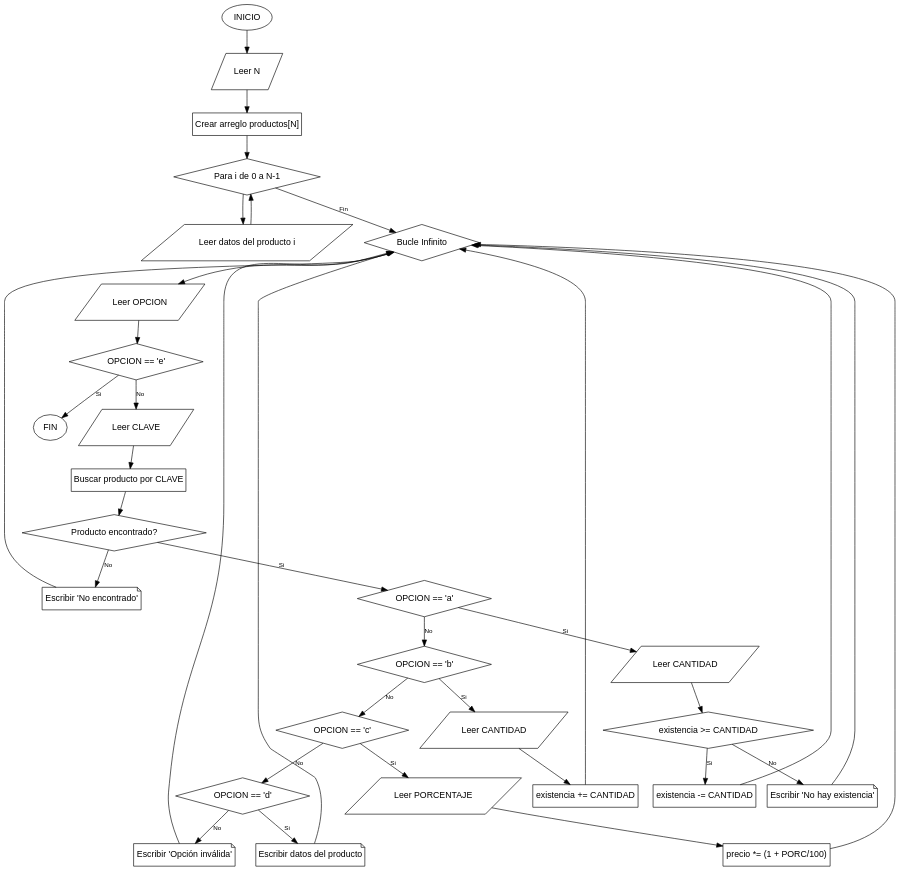
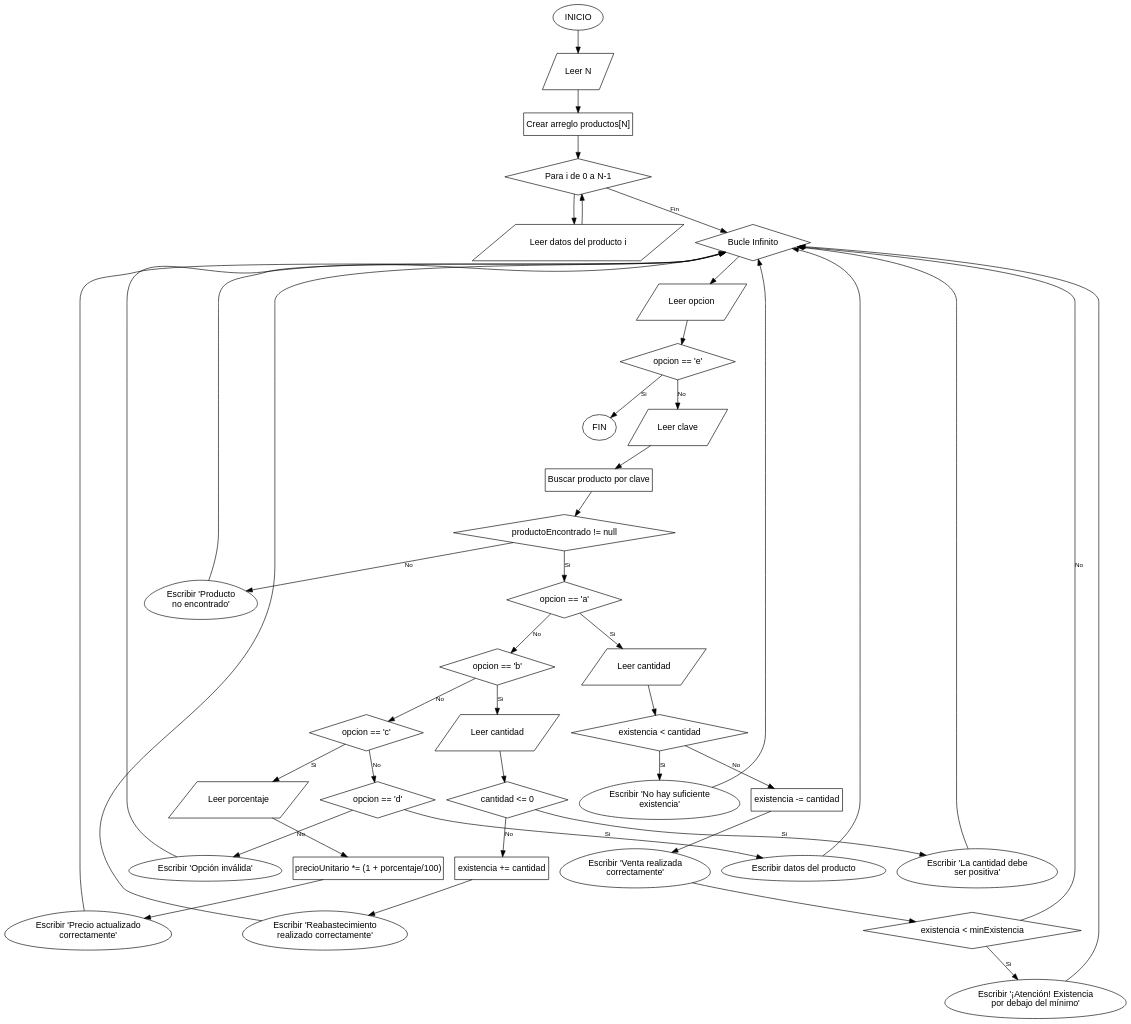
One commit to 23Leilany166/java-tutor-tics changed the diagram in Ejercicios/PS_5_1/Diagrama/PS_5_1.dot. Above: the diagram before and after it, drawn with Graphviz. The commit also changed 98 other files, not shown here.

```diff
--- a/Ejercicios/PS_5_1/Diagrama/PS_5_1.dot
+++ b/Ejercicios/PS_5_1/Diagrama/PS_5_1.dot
@@ -1,75 +1,98 @@
 digraph PS_5_1 {
     // Configuración
     graph [bgcolor="transparent"];
     node [shape=rect, fontname="Arial", margin="0.1,0.1"];
     edge [fontname="Arial", fontsize=10];
 
     // Nodos
     INICIO [shape=ellipse, label="INICIO"];
     LEER_N [shape=parallelogram, label="Leer N"];
     CREAR_PRODS [label="Crear arreglo productos[N]"];
     BUCLE_LEER [shape=diamond, label="Para i de 0 a N-1"];
     LEER_PROD [shape=parallelogram, label="Leer datos del producto i"];
     
     // Menú
     BUCLE_MENU [shape=diamond, label="Bucle Infinito"];
-    LEER_OPCION [shape=parallelogram, label="Leer OPCION"];
-    COND_SALIR [shape=diamond, label="OPCION == 'e'"];
-    LEER_CLAVE [shape=parallelogram, label="Leer CLAVE"];
-    BUSCAR_PROD [label="Buscar producto por CLAVE"];
-    COND_ENCONTRADO [shape=diamond, label="Producto encontrado?"];
-    PRINT_NO_ENC [shape=note, label="Escribir 'No encontrado'"];
+    LEER_OPCION [shape=parallelogram, label="Leer opcion"];
+    COND_SALIR [shape=diamond, label="opcion == 'e'"];
+    LEER_CLAVE [shape=parallelogram, label="Leer clave"];
+    BUSCAR_PROD [label="Buscar producto por clave"];
+    COND_ENCONTRADO [shape=diamond, label="productoEncontrado != null"];
+    PRINT_NO_ENC [shape=egg, label="Escribir 'Producto\nno encontrado'"];
     
     // Operaciones
-    COND_OP_A [shape=diamond, label="OPCION == 'a'"];
-    COND_OP_B [shape=diamond, label="OPCION == 'b'"];
-    COND_OP_C [shape=diamond, label="OPCION == 'c'"];
-    COND_OP_D [shape=diamond, label="OPCION == 'd'"];
-    PRINT_OP_INV [shape=note, label="Escribir 'Opción inválida'"];
+    COND_OP_A [shape=diamond, label="opcion == 'a'"];
+    COND_OP_B [shape=diamond, label="opcion == 'b'"];
+    COND_OP_C [shape=diamond, label="opcion == 'c'"];
+    COND_OP_D [shape=diamond, label="opcion == 'd'"];
+    PRINT_OP_INV [shape=egg, label="Escribir 'Opción inválida'"];
     
     // Venta (a)
-    LEER_CANT_A [shape=parallelogram, label="Leer CANTIDAD"];
-    COND_EXIST [shape=diamond, label="existencia >= CANTIDAD"];
-    PROC_VENTA [label="existencia -= CANTIDAD"];
-    PRINT_NO_EXIST [shape=note, label="Escribir 'No hay existencia'"];
+    LEER_CANT_A [shape=parallelogram, label="Leer cantidad"];
+    COND_EXIST [shape=diamond, label="existencia < cantidad"];
+    PROC_VENTA [label="existencia -= cantidad"];
+    PRINT_NO_EXIST [shape=egg, label="Escribir 'No hay suficiente\nexistencia'"];
+    PRINT_VENTA_OK [shape=egg, label="Escribir 'Venta realizada\ncorrectamente'"];
+    COND_MIN [shape=diamond, label="existencia < minExistencia"];
+    PRINT_WARNING [shape=egg, label="Escribir '¡Atención! Existencia\npor debajo del mínimo'"];
     
     // Reabastecer (b)
-    LEER_CANT_B [shape=parallelogram, label="Leer CANTIDAD"];
-    PROC_REAB [label="existencia += CANTIDAD"];
+    LEER_CANT_B [shape=parallelogram, label="Leer cantidad"];
+    VALIDAR_CANT_B [shape=diamond, label="cantidad <= 0"];
+    PRINT_CANT_INV [shape=egg, label="Escribir 'La cantidad debe\nser positiva'"];
+    PROC_REAB [label="existencia += cantidad"];
+    PRINT_REAB_OK [shape=egg, label="Escribir 'Reabastecimiento\nrealizado correctamente'"];
     
     // Actualizar (c)
-    LEER_PORC [shape=parallelogram, label="Leer PORCENTAJE"];
-    PROC_PRECIO [label="precio *= (1 + PORC/100)"];
+    LEER_PORC [shape=parallelogram, label="Leer porcentaje"];
+    PROC_PRECIO [label="precioUnitario *= (1 + porcentaje/100)"];
+    PRINT_PRECIO_OK [shape=egg, label="Escribir 'Precio actualizado\ncorrectamente'"];
     
     // Informar (d)
-    IMPRIMIR_INFO [shape=note, label="Escribir datos del producto"];
+    IMPRIMIR_INFO [shape=egg, label="Escribir datos del producto"];
     FIN [shape=ellipse, label="FIN"];
 
     // Conexiones
     INICIO -> LEER_N -> CREAR_PRODS -> BUCLE_LEER -> LEER_PROD -> BUCLE_LEER;
     BUCLE_LEER -> BUCLE_MENU [label="Fin"];
     BUCLE_MENU -> LEER_OPCION -> COND_SALIR;
     COND_SALIR -> FIN [label="Si"]; 
     COND_SALIR -> LEER_CLAVE [label="No"];
     LEER_CLAVE -> BUSCAR_PROD -> COND_ENCONTRADO;
     COND_ENCONTRADO -> PRINT_NO_ENC [label="No"]; 
     PRINT_NO_ENC -> BUCLE_MENU;
     COND_ENCONTRADO -> COND_OP_A [label="Si"];
+    
+    // Venta
     COND_OP_A -> LEER_CANT_A [label="Si"]; 
     LEER_CANT_A -> COND_EXIST; 
-    COND_EXIST -> PROC_VENTA [label="Si"]; 
-    PROC_VENTA -> BUCLE_MENU; 
-    COND_EXIST -> PRINT_NO_EXIST [label="No"]; 
+    COND_EXIST -> PRINT_NO_EXIST [label="Si"]; 
+    COND_EXIST -> PROC_VENTA [label="No"];
+    PROC_VENTA -> PRINT_VENTA_OK;
+    PRINT_VENTA_OK -> COND_MIN;
+    COND_MIN -> PRINT_WARNING [label="Si"];
+    COND_MIN -> BUCLE_MENU [label="No"];
+    PRINT_WARNING -> BUCLE_MENU;
     PRINT_NO_EXIST -> BUCLE_MENU;
+    
+    // Reabastecer
     COND_OP_A -> COND_OP_B [label="No"];
     COND_OP_B -> LEER_CANT_B [label="Si"]; 
-    LEER_CANT_B -> PROC_REAB -> BUCLE_MENU;
+    LEER_CANT_B -> VALIDAR_CANT_B;
+    VALIDAR_CANT_B -> PRINT_CANT_INV [label="Si"];
+    VALIDAR_CANT_B -> PROC_REAB [label="No"];
+    PRINT_CANT_INV -> BUCLE_MENU;
+    PROC_REAB -> PRINT_REAB_OK -> BUCLE_MENU;
+    
+    // Actualizar
     COND_OP_B -> COND_OP_C [label="No"];
     COND_OP_C -> LEER_PORC [label="Si"]; 
-    LEER_PORC -> PROC_PRECIO -> BUCLE_MENU;
+    LEER_PORC -> PROC_PRECIO -> PRINT_PRECIO_OK -> BUCLE_MENU;
+    
+    // Informar
     COND_OP_C -> COND_OP_D [label="No"];
     COND_OP_D -> IMPRIMIR_INFO [label="Si"]; 
     IMPRIMIR_INFO -> BUCLE_MENU;
     COND_OP_D -> PRINT_OP_INV [label="No"]; 
     PRINT_OP_INV -> BUCLE_MENU;
 }
```
